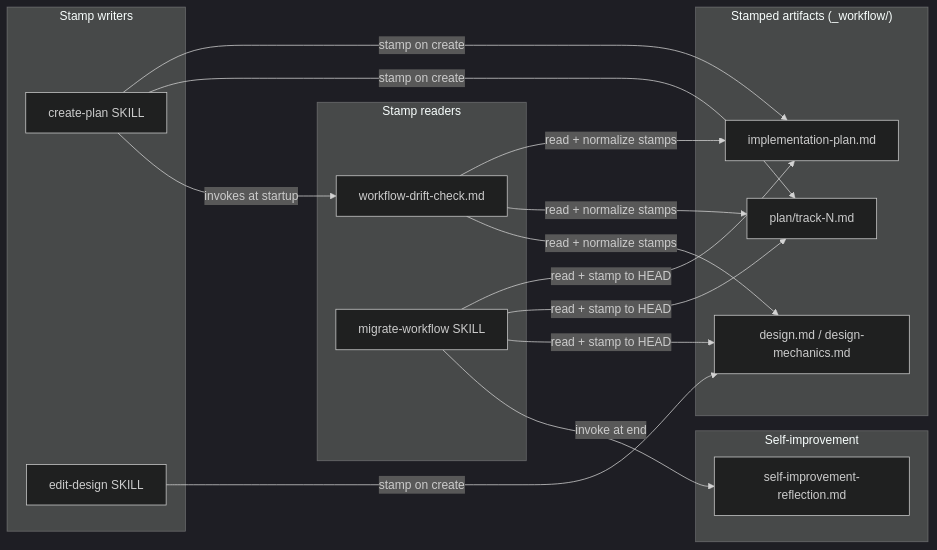
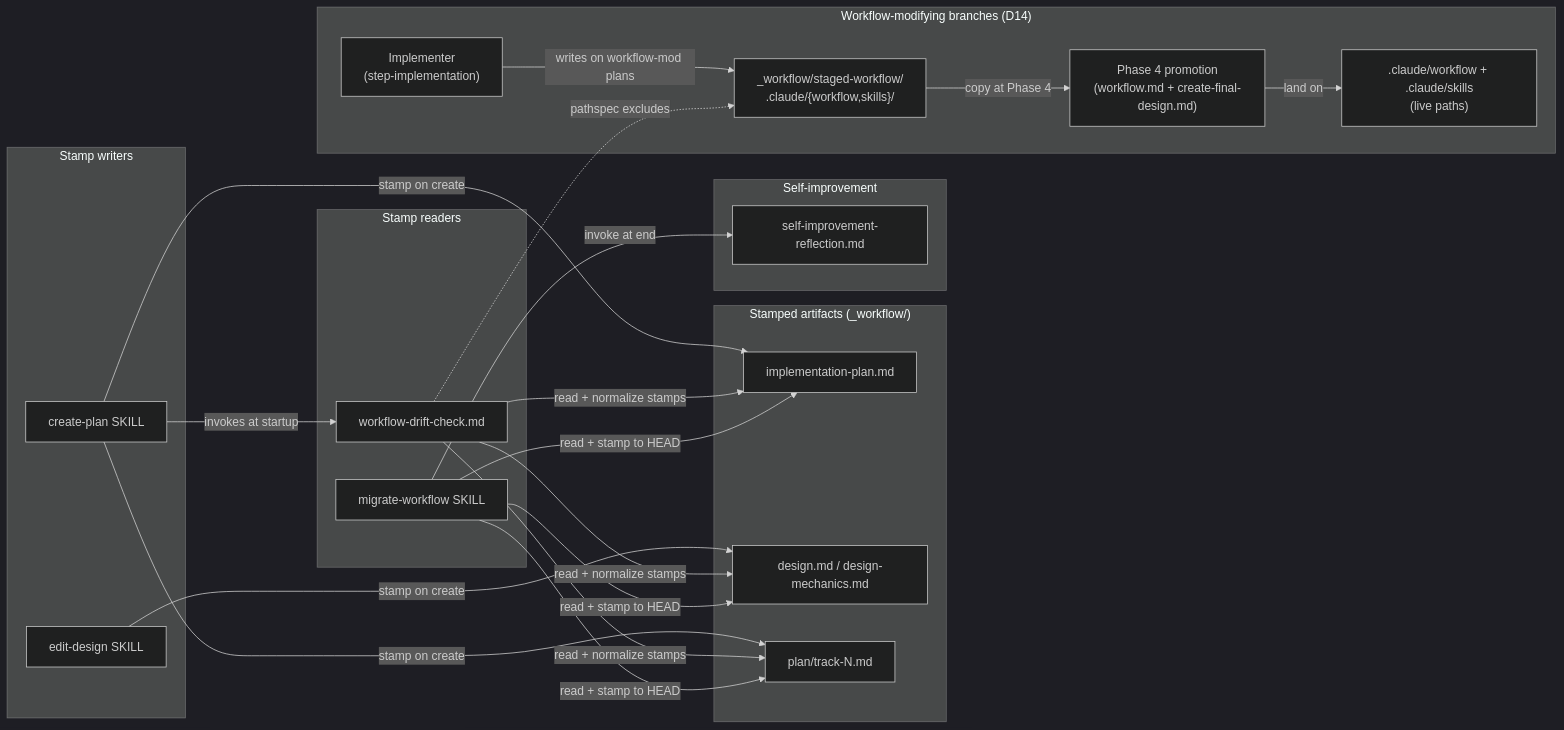
Before and after one commit to JetBrains/youtrackdb: the diagram in docs/adr/inplace-worflow-migration/_workflow/implementation-plan.md, drawn with Mermaid (dark theme). The commit also changed other lines of this file and 3 other files, not shown here.

````diff
--- a/docs/adr/inplace-worflow-migration/_workflow/implementation-plan.md
+++ b/docs/adr/inplace-worflow-migration/_workflow/implementation-plan.md
@@ -27,34 +27,45 @@
 ```mermaid
 flowchart LR
     subgraph Writers["Stamp writers"]
         CP["create-plan SKILL"]
         ED["edit-design SKILL"]
     end
 
     subgraph Artifacts["Stamped artifacts (_workflow/)"]
         IPM["implementation-plan.md"]
         DM["design.md / design-mechanics.md"]
         TF["plan/track-N.md"]
     end
 
     subgraph Readers["Stamp readers"]
         WDC["workflow-drift-check.md"]
         MW["migrate-workflow SKILL"]
     end
 
     subgraph Reflection["Self-improvement"]
         SIR["self-improvement-reflection.md"]
     end
 
+    subgraph Staging["Workflow-modifying branches (D14)"]
+        IMPL["Implementer<br/>(step-implementation)"]
+        STAGED["_workflow/staged-workflow/<br/>.claude/{workflow,skills}/"]
+        P4P["Phase 4 promotion<br/>(workflow.md + create-final-design.md)"]
+        LIVE[".claude/workflow + .claude/skills<br/>(live paths)"]
+    end
+
     CP -->|stamp on create| IPM
     CP -->|stamp on create| TF
     CP -->|invokes at startup| WDC
     ED -->|stamp on create| DM
     WDC -->|read + normalize stamps| IPM
     WDC -->|read + normalize stamps| TF
     WDC -->|read + normalize stamps| DM
     MW -->|read + stamp to HEAD| IPM
     MW -->|read + stamp to HEAD| TF
     MW -->|read + stamp to HEAD| DM
     MW -->|invoke at end| SIR
+    IMPL -->|writes on workflow-mod plans| STAGED
+    STAGED -->|copy at Phase 4| P4P
+    P4P -->|land on| LIVE
+    WDC -.->|pathspec excludes| STAGED
 ```
````
